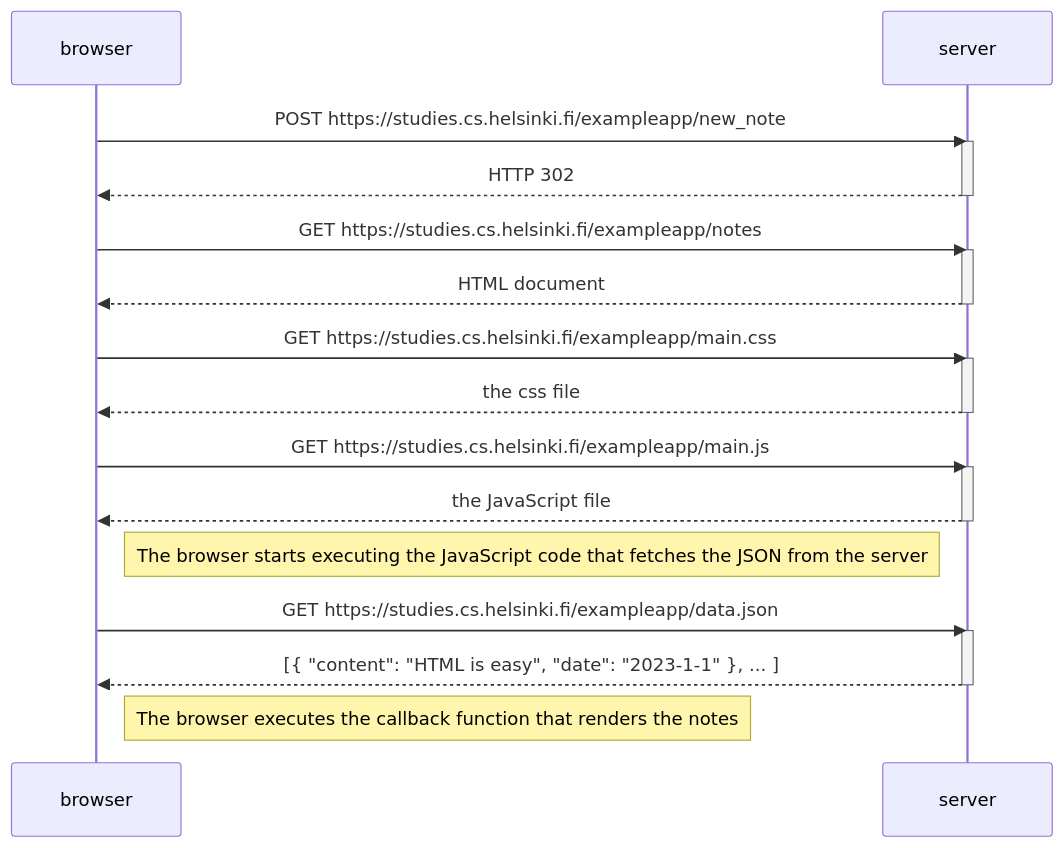
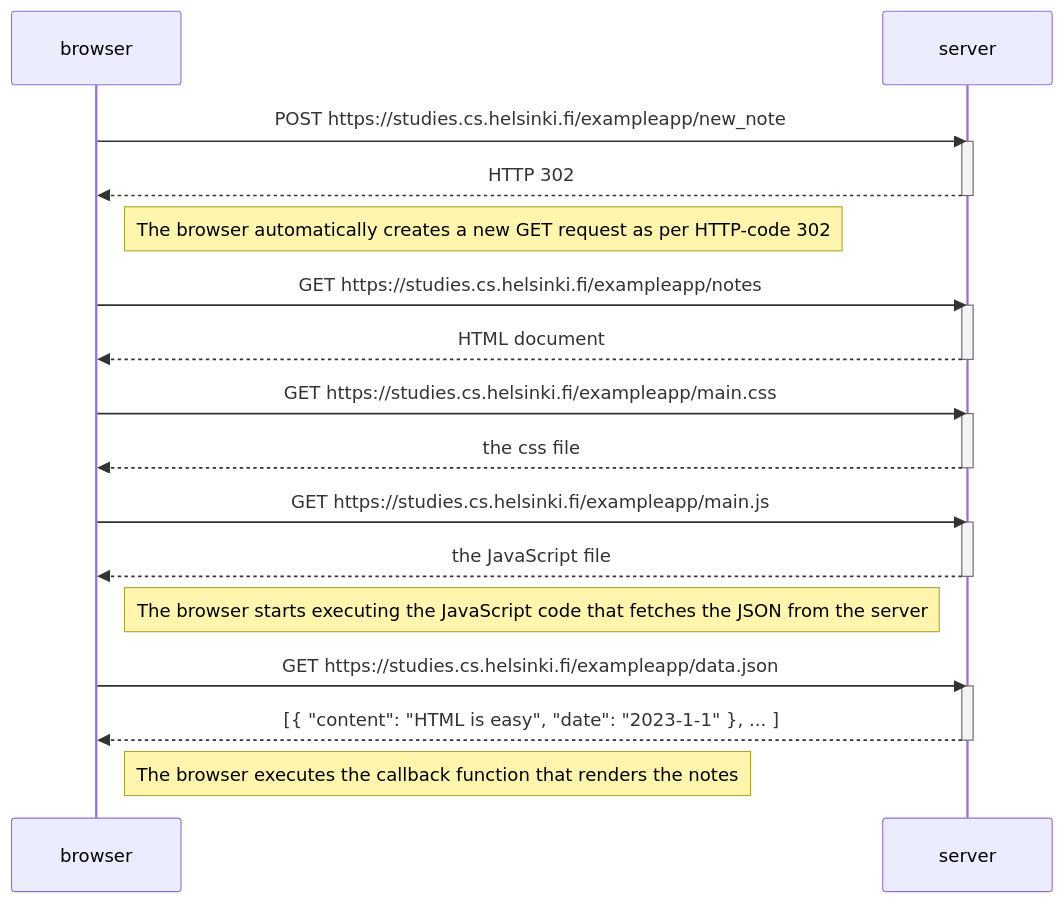
Before and after one commit to noreasonpng/FullStack_PalautusRepo: the diagram in Osa0/0.4.md, drawn with Mermaid.

````diff
--- a/Osa0/0.4.md
+++ b/Osa0/0.4.md
@@ -2,35 +2,37 @@
 ```mermaid
 sequenceDiagram
     participant browser
     participant server
     
     browser->>server: POST https://studies.cs.helsinki.fi/exampleapp/new_note
     activate server
     server-->>browser: HTTP 302
     deactivate server
-    
+
+    Note right of browser: The browser automatically creates a new GET request as per HTTP-code 302
+
     browser->>server: GET https://studies.cs.helsinki.fi/exampleapp/notes
     activate server
     server-->>browser: HTML document
     deactivate server
     
     browser->>server: GET https://studies.cs.helsinki.fi/exampleapp/main.css
     activate server
     server-->>browser: the css file
     deactivate server
     
     browser->>server: GET https://studies.cs.helsinki.fi/exampleapp/main.js
     activate server
     server-->>browser: the JavaScript file
     deactivate server
     
     Note right of browser: The browser starts executing the JavaScript code that fetches the JSON from the server
     
     browser->>server: GET https://studies.cs.helsinki.fi/exampleapp/data.json
     activate server
     server-->>browser: [{ "content": "HTML is easy", "date": "2023-1-1" }, ... ]
     deactivate server    
 
     Note right of browser: The browser executes the callback function that renders the notes 
     
 ```
````
